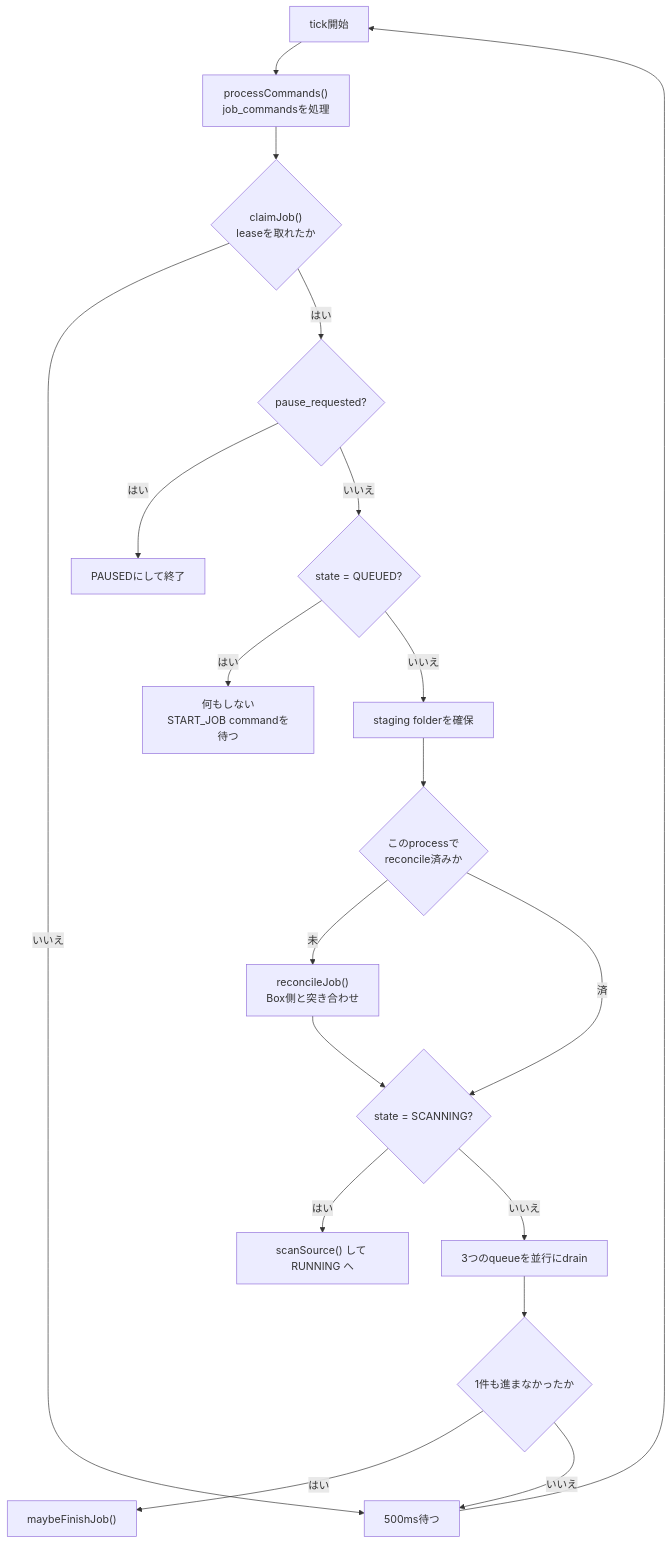
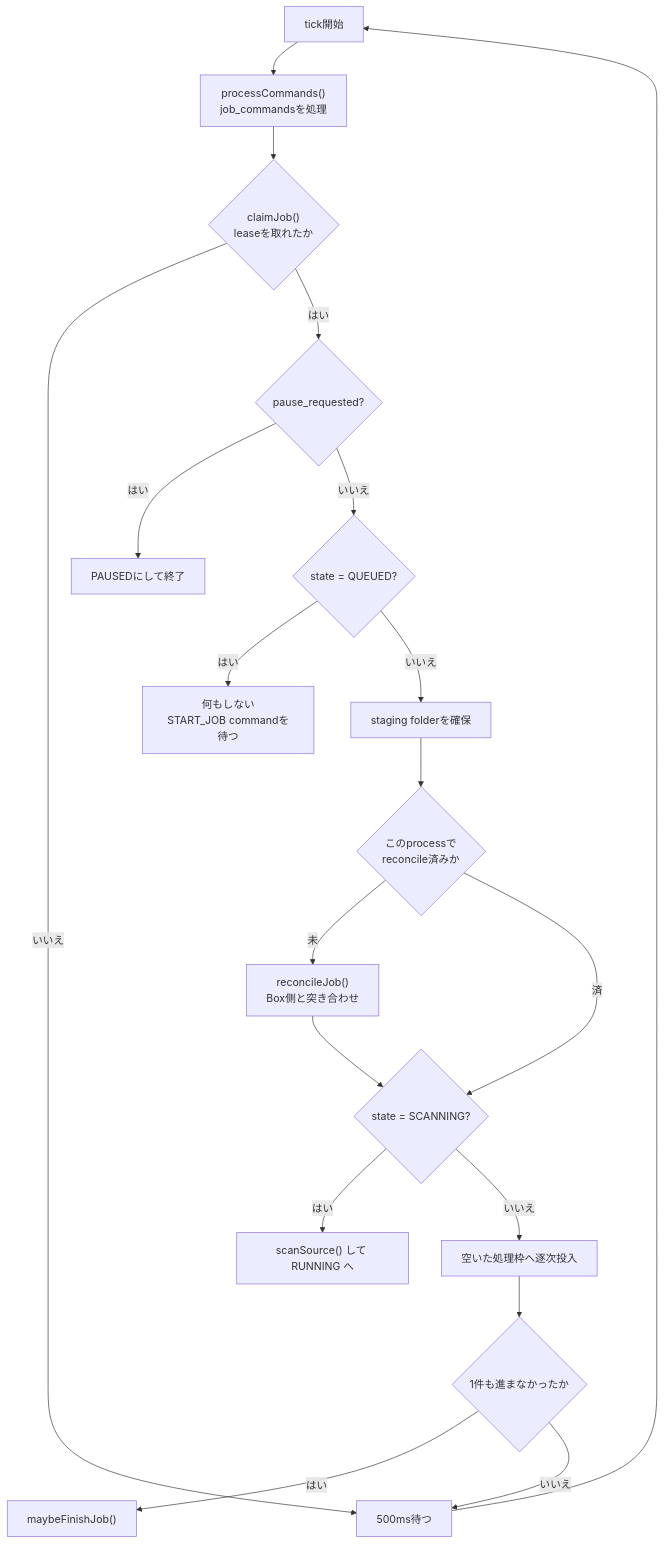
One commit to moodblu3-sys/shuttle-lite changed the third of 6 diagrams in docs/data-model.md. Above: the diagram before and after it, drawn with Mermaid. The commit also changed other lines of this file and 12 other files, not shown here.

````diff
--- a/docs/data-model.md
+++ b/docs/data-model.md
@@ -202,21 +219,21 @@
 ```mermaid
 flowchart TB
   start["tick開始"] --> cmds["processCommands()<br/>job_commandsを処理"]
   cmds --> claim{"claimJob()<br/>leaseを取れたか"}
   claim -->|"いいえ"| sleep["500ms待つ"]
   claim -->|"はい"| pause{"pause_requested?"}
   pause -->|"はい"| paused["PAUSEDにして終了"]
   pause -->|"いいえ"| queued{"state = QUEUED?"}
   queued -->|"はい"| wait["何もしない<br/>START_JOB commandを待つ"]
   queued -->|"いいえ"| staging["staging folderを確保"]
   staging --> rec{"このprocessで<br/>reconcile済みか"}
   rec -->|"未"| reconcile["reconcileJob()<br/>Box側と突き合わせ"]
   rec -->|"済"| scanq
   reconcile --> scanq{"state = SCANNING?"}
   scanq -->|"はい"| scan["scanSource() して RUNNING へ"]
-  scanq -->|"いいえ"| drain["3つのqueueを並行にdrain"]
+  scanq -->|"いいえ"| drain["空いた処理枠へ逐次投入"]
   drain --> fin{"1件も進まなかったか"}
   fin -->|"はい"| maybe["maybeFinishJob()"]
   fin -->|"いいえ"| sleep
   sleep --> start
 ```
````
